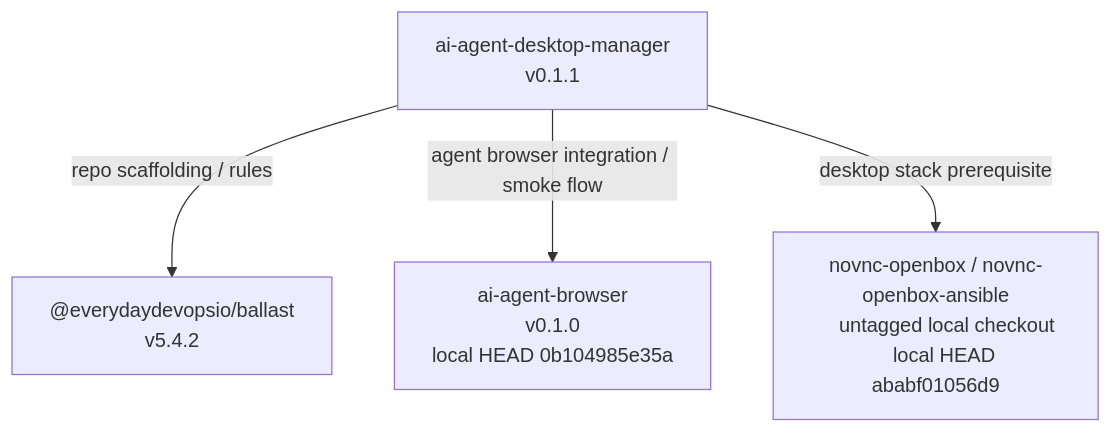
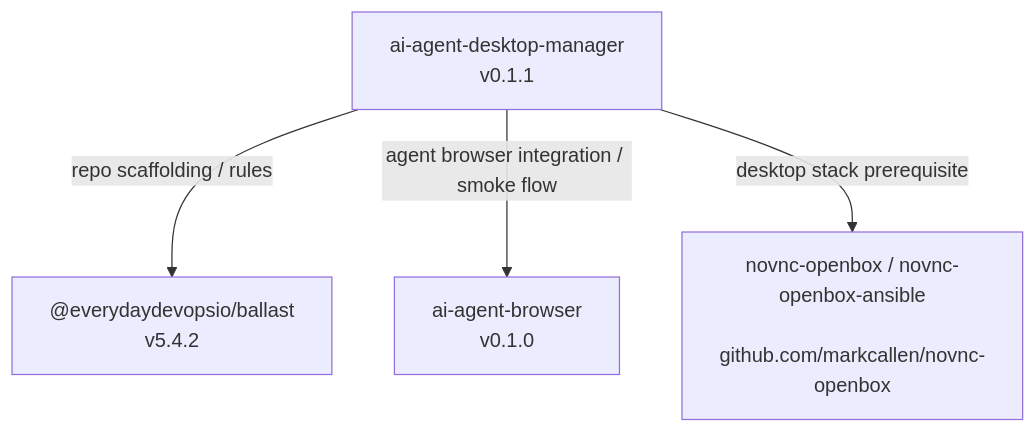
The diagram in docs/first-party-dependency-graph.md (markcallen/ai-agent-desktop-manager), drawn with Mermaid before and after one commit. The commit also changed other lines of this file and 6 other files, not shown here.

````diff
--- a/docs/first-party-dependency-graph.md
+++ b/docs/first-party-dependency-graph.md
@@ -23,17 +15,15 @@
 ```mermaid
 graph TD
     A["ai-agent-desktop-manager
     v0.1.1"]
     B["@everydaydevopsio/ballast
     v5.4.2"]
     C["ai-agent-browser
-    v0.1.0
-    local HEAD 0b104985e35a"]
+    v0.1.0"]
     D["novnc-openbox / novnc-openbox-ansible
-    untagged local checkout
-    local HEAD ababf01056d9"]
+    github.com/markcallen/novnc-openbox"]
 
     A -->|"repo scaffolding / rules"| B
     A -->|"agent browser integration / smoke flow"| C
     A -->|"desktop stack prerequisite"| D
 ```
````
